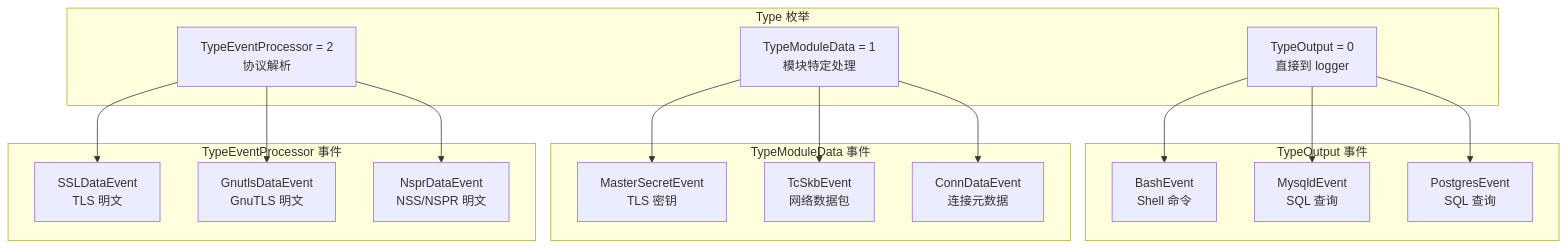
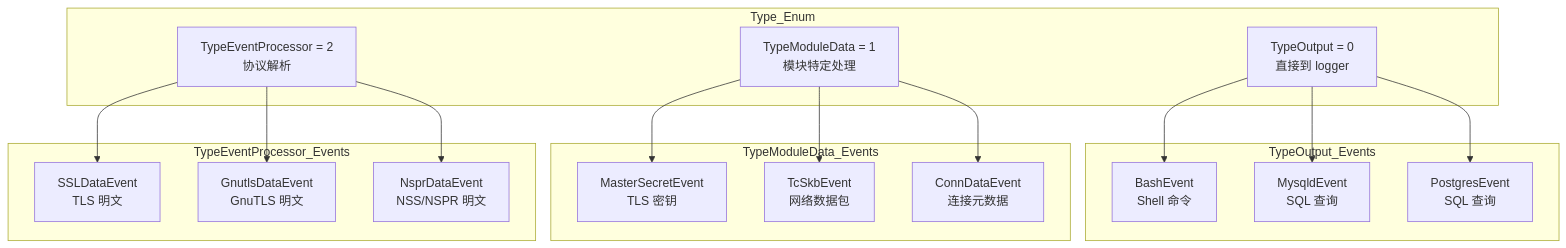
The ninth of 11 diagrams in src/zh/2-architecture/2.2-event-processing-pipeline.md (gojue/ecapture.cc), drawn with Mermaid before and after one commit. The commit also changed other lines of this file and 70 other files, not shown here.

Commit message:
feat: update sidebar and navigation links for architecture and shell command auditing sections

````diff
--- a/src/zh/2-architecture/2.2-event-processing-pipeline.md
+++ b/src/zh/2-architecture/2.2-event-processing-pipeline.md
@@ -773,38 +773,38 @@
 ```mermaid
 graph TB
-    subgraph "Type 枚举"
+    subgraph "Type_Enum"
         T0["TypeOutput = 0<br/>直接到 logger"]
         T1["TypeModuleData = 1<br/>模块特定处理"]
         T2["TypeEventProcessor = 2<br/>协议解析"]
     end
     
-    subgraph "TypeOutput 事件"
+    subgraph "TypeOutput_Events"
         Bash["BashEvent<br/>Shell 命令"]
         Mysqld["MysqldEvent<br/>SQL 查询"]
         Postgres["PostgresEvent<br/>SQL 查询"]
     end
     
-    subgraph "TypeModuleData 事件"
+    subgraph "TypeModuleData_Events"
         MasterSecret["MasterSecretEvent<br/>TLS 密钥"]
         TcSkb["TcSkbEvent<br/>网络数据包"]
         Conn["ConnDataEvent<br/>连接元数据"]
     end
     
-    subgraph "TypeEventProcessor 事件"
+    subgraph "TypeEventProcessor_Events"
         SSL["SSLDataEvent<br/>TLS 明文"]
         Gnutls["GnutlsDataEvent<br/>GnuTLS 明文"]
         Nspr["NsprDataEvent<br/>NSS/NSPR 明文"]
     end
     
     T0 --> Bash
     T0 --> Mysqld
     T0 --> Postgres
     
     T1 --> MasterSecret
     T1 --> TcSkb
     T1 --> Conn
     
     T2 --> SSL
     T2 --> Gnutls
     T2 --> Nspr
 ```
````
